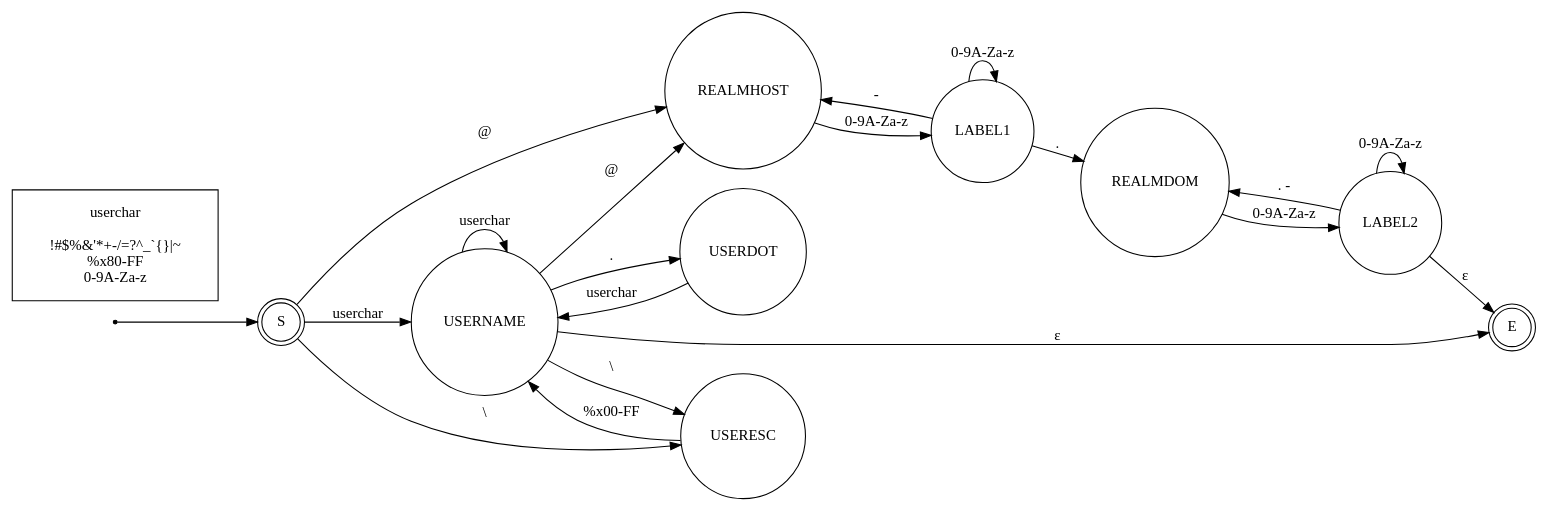
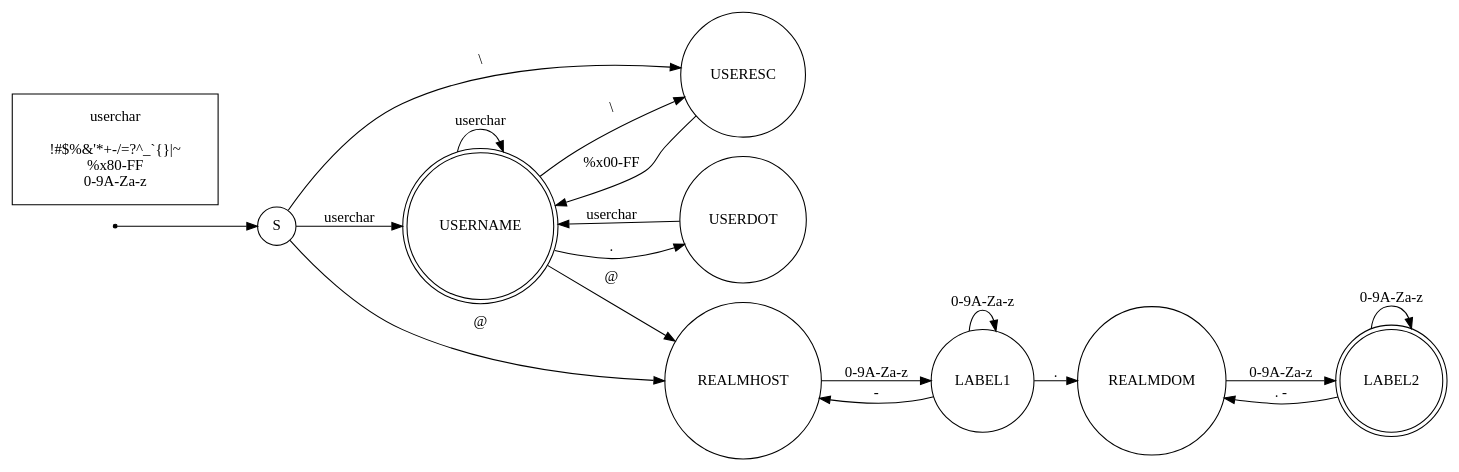
One commit to arpa2/libarpa2service changed the diagram in doc/design/rfc4282_fsm.gv. Above: the diagram before and after it, drawn with Graphviz. The commit also changed 1 other file, not shown here.

```diff
--- a/doc/design/rfc4282_fsm.gv
+++ b/doc/design/rfc4282_fsm.gv
@@ -1,37 +1,35 @@
 digraph finite_state_machine {
 	rankdir=LR
 	node [shape = doublecircle];
-		S;
-		E;
+		USERNAME;
+		LABEL2;
 
 	node [shape = point ];
 		qi
 
 	node [shape = circle];
 		qi	-> S;
 
 		/* First do realm. */
 		S	-> REALMHOST [ label = "@" ];
 		REALMHOST	-> LABEL1 [ label = "0-9A-Za-z" ];
 		LABEL1	-> LABEL1 [ label = "0-9A-Za-z" ];
 		LABEL1	-> REALMHOST [ label = "-" ];
 		LABEL1	-> REALMDOM [ label = "." ];
 		REALMDOM	-> LABEL2 [ label = "0-9A-Za-z" ];
 		LABEL2	-> LABEL2 [ label = "0-9A-Za-z" ];
 		LABEL2	-> REALMDOM [ label = ". -" ];
-		LABEL2	-> E [ label = "&epsilon;" ];
 
 		/* Then username. */
 		S	-> USERNAME [ label = "userchar" ];
 		S	-> USERESC [ label = "\\" ];
 		USERNAME	-> USERNAME [ label = "userchar" ];
 		USERNAME	-> USERESC [ label = "\\" ];
 		USERESC	-> USERNAME [ label = "%x00-FF" ];
 		USERNAME	-> USERDOT [ label = "." ];
 		USERDOT	-> USERNAME [ label = "userchar" ];
 		USERNAME	-> REALMHOST [ label = "@" ];
-		USERNAME	-> E [ label = "&epsilon;" ];
 
 	node[ shape=box, margin="0.2,0.2" ];
 		userchar[ label = "userchar \n\n!#$%&'*+-/=?^_`{}|~\n%x80-FF\n0-9A-Za-z" ];
 }
```
